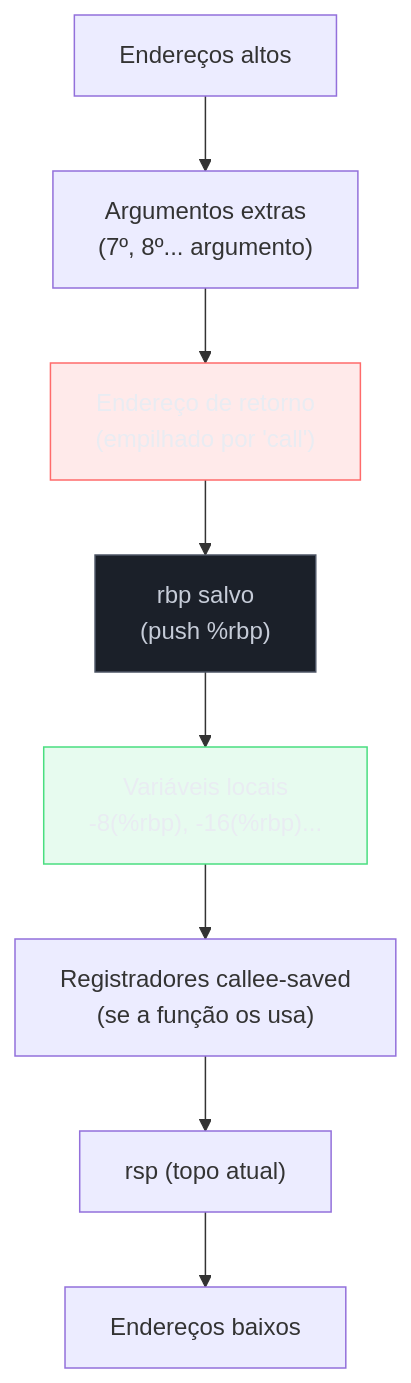
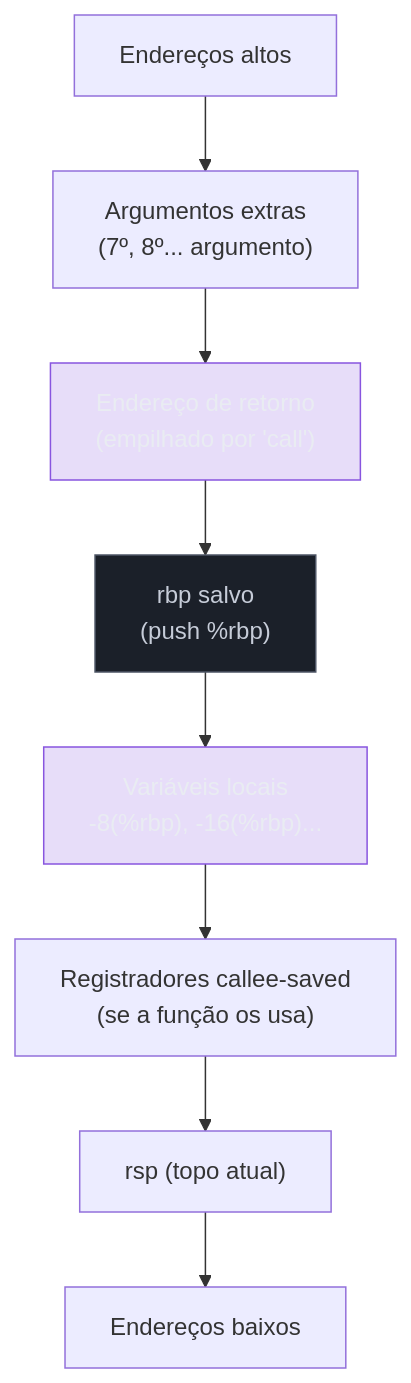
One commit to josenaldo/codex-technomanticus changed the third of 4 diagrams in 03-Dominios/Ciência/Organização de Computadores/09 - Assembly e o modelo de execução.md. Above: the diagram before and after it, drawn with Mermaid. The commit also changed 601 other files, not shown here.

````diff
--- a/03-Dominios/Ciência/Organização de Computadores/09 - Assembly e o modelo de execução.md
+++ b/03-Dominios/Ciência/Organização de Computadores/09 - Assembly e o modelo de execução.md
@@ -210,18 +210,17 @@
 ```mermaid
 graph TD
-    classDef falha fill:#FF6B6B24,stroke:#FF6B6B,color:#E9ECF2
+    classDef marca fill:#8855DF33,stroke:#8855DF,color:#E9ECF2
     classDef neutro fill:#1B2029,stroke:#4E5666,color:#C6CCD8
-    classDef ok fill:#4ADE8021,stroke:#4ADE80,color:#E9ECF2
     A["Endereços altos"] --> B
     B["Argumentos extras\n(7º, 8º... argumento)"]
     B --> C["Endereço de retorno\n(empilhado por 'call')"]
     C --> D["rbp salvo\n(push %rbp)"]
     D --> E["Variáveis locais\n-8(%rbp), -16(%rbp)..."]
     E --> F["Registradores callee-saved\n(se a função os usa)"]
     F --> G["rsp (topo atual)"]
     G --> H["Endereços baixos"]
 
-    class C falha
+    class C marca
     class D neutro
-    class E ok
+    class E marca
 ```
````
